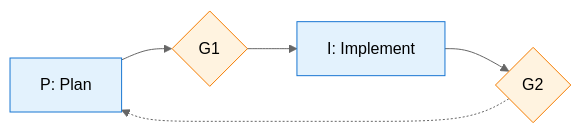
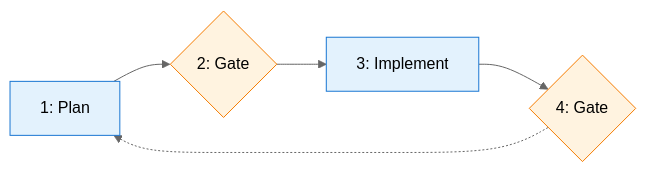
One commit to binaryphile/tandem-protocol changed the diagram in README.md. Above: the diagram before and after it, drawn with Mermaid (neutral theme). The commit also changed other lines of this file, not shown here.

````diff
--- a/README.md
+++ b/README.md
@@ -58,12 +58,12 @@
 ```mermaid
 flowchart LR
-    P[P: Plan] --> G1{G1}
-    G1 --> I[I: Implement]
-    I --> G2{G2}
-    G2 -.-> P
+    S1[1: Plan] --> S2{2: Gate}
+    S2 --> S3[3: Implement]
+    S3 --> S4{4: Gate}
+    S4 -.-> S1
 
-    style P fill:#e3f2fd,stroke:#1976d2
-    style I fill:#e3f2fd,stroke:#1976d2
-    style G1 fill:#fff3e0,stroke:#f57c00
-    style G2 fill:#fff3e0,stroke:#f57c00
+    style S1 fill:#e3f2fd,stroke:#1976d2
+    style S3 fill:#e3f2fd,stroke:#1976d2
+    style S2 fill:#fff3e0,stroke:#f57c00
+    style S4 fill:#fff3e0,stroke:#f57c00
 ```
````
